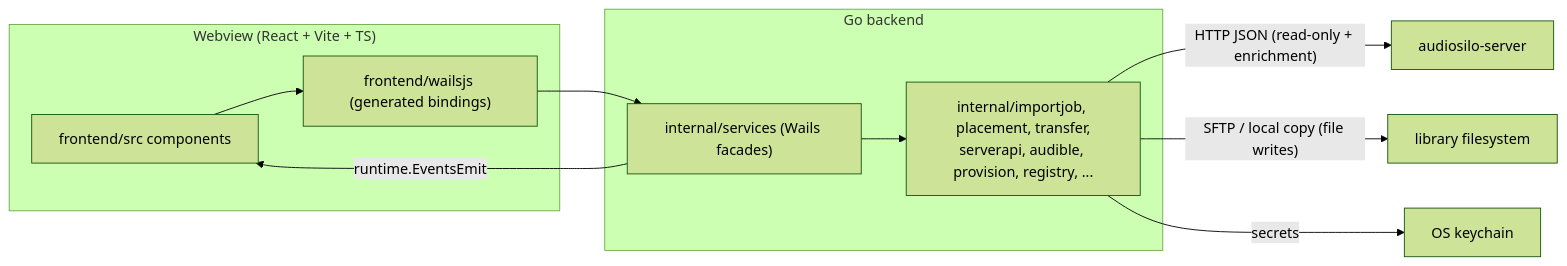
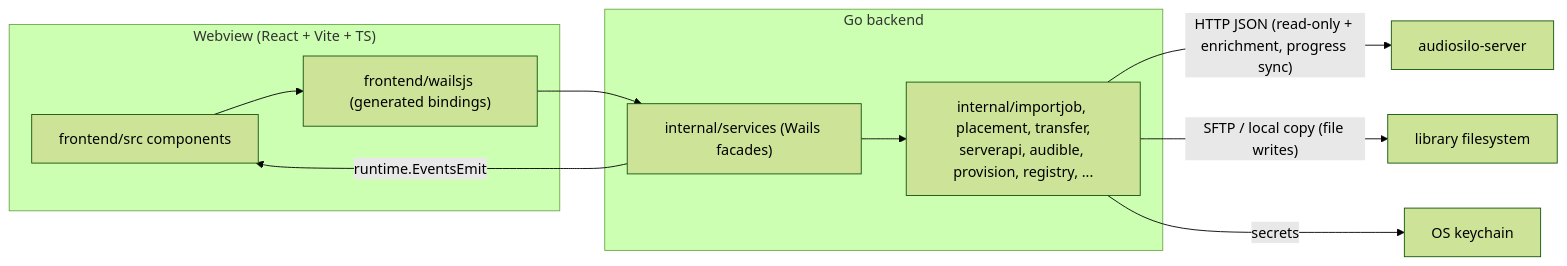
The diagram in docs-developers/manager/overview.md (KodeStar/audiosilo-docs), drawn with Mermaid (forest theme) before and after one commit. The commit also changed other lines of this file and 23 other files, not shown here.

````diff
--- a/docs-developers/manager/overview.md
+++ b/docs-developers/manager/overview.md
@@ -22,16 +23,16 @@
 ```mermaid
 flowchart LR
     subgraph webview["Webview (React + Vite + TS)"]
         UI["frontend/src components"]
         BIND["frontend/wailsjs (generated bindings)"]
     end
     subgraph go["Go backend"]
         SVC["internal/services (Wails facades)"]
         CORE["internal/importjob, placement, transfer,<br/>serverapi, audible, provision, registry, ..."]
     end
     UI --> BIND --> SVC --> CORE
     SVC -- "runtime.EventsEmit" --> UI
-    CORE -- "HTTP JSON (read-only + enrichment)" --> SRV["audiosilo-server"]
+    CORE -- "HTTP JSON (read-only + enrichment, progress sync)" --> SRV["audiosilo-server"]
     CORE -- "SFTP / local copy (file writes)" --> FS["library filesystem"]
     CORE -- "secrets" --> KC["OS keychain"]
 ```
````
